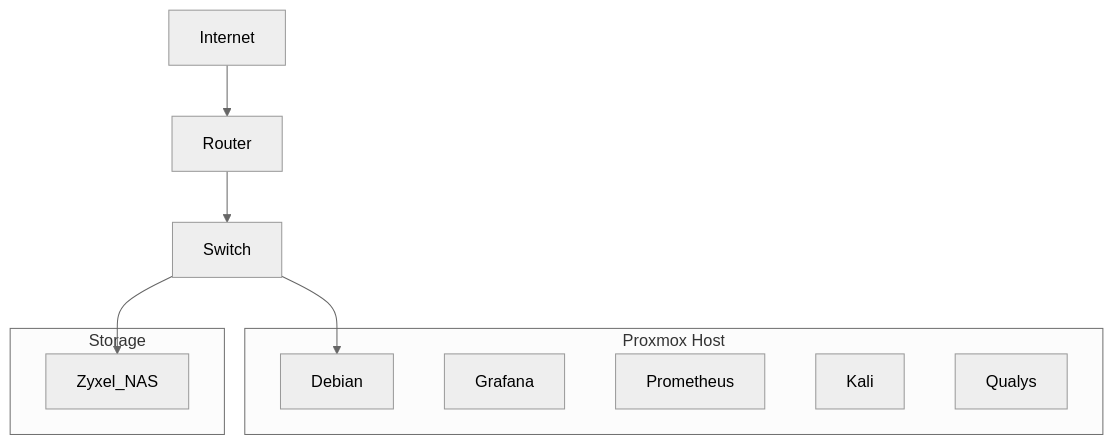
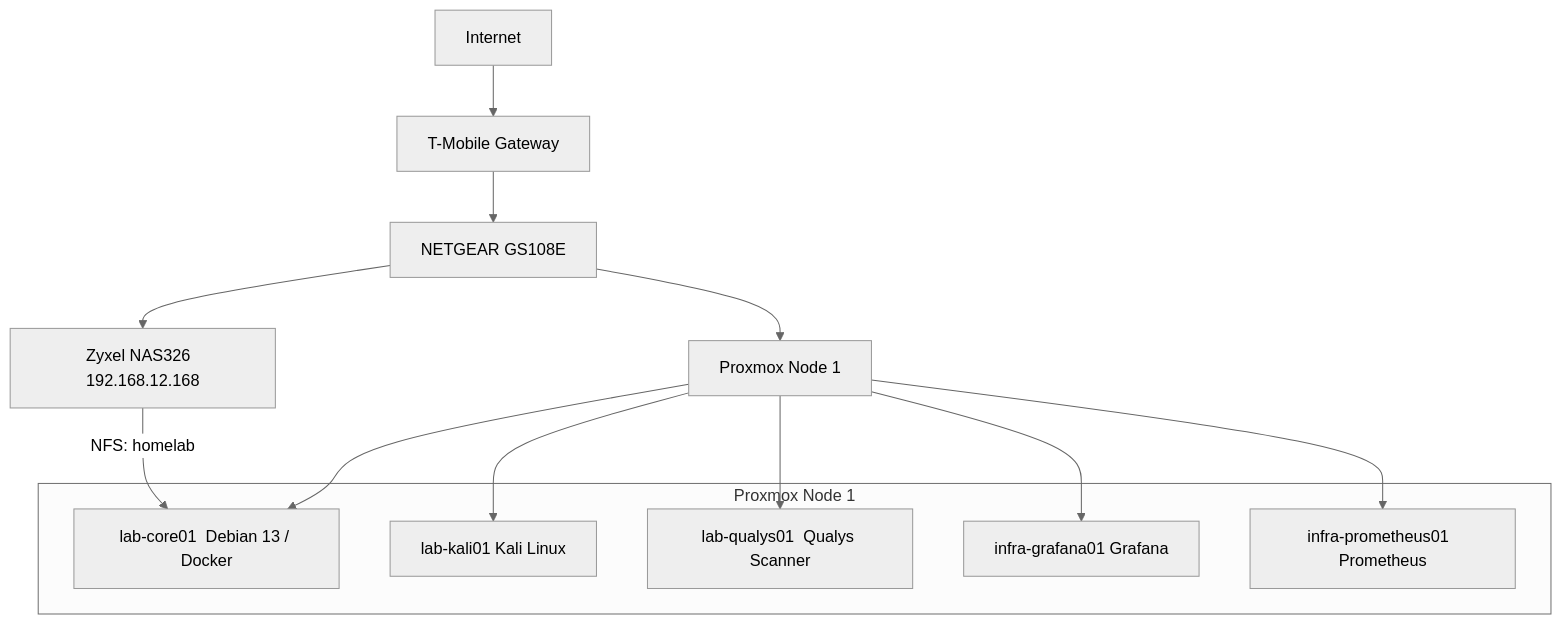
The first of 3 diagrams in docs/architecture.md (Tearstone/tearstone-homelab), drawn with Mermaid (neutral theme) before and after one commit. The commit also changed other lines of this file, not shown here.

````diff
--- a/docs/architecture.md
+++ b/docs/architecture.md
@@ -1,21 +5,24 @@
 ```mermaid
 graph TD
+    Internet --> Router["T-Mobile Gateway"]
+    Router --> Switch["NETGEAR GS108E"]
 
-Internet --> Router
-Router --> Switch
+    Switch --> Proxmox["Proxmox Node 1"]
+    Switch --> NAS["Zyxel NAS326  192.168.12.168"]
 
-subgraph "Proxmox Host"
-    Debian
-    Grafana
-    Prometheus
-    Kali
-    Qualys
-end
+    subgraph "Proxmox Node 1"
+        Core["lab-core01  Debian 13 / Docker"]
+        Kali["lab-kali01  Kali Linux"]
+        Qualys["lab-qualys01  Qualys Scanner"]
+        Grafana["infra-grafana01  Grafana"]
+        Prometheus["infra-prometheus01  Prometheus"]
+    end
 
-subgraph "Storage"
-    Zyxel_NAS
-end
+    Proxmox --> Core
+    Proxmox --> Kali
+    Proxmox --> Qualys
+    Proxmox --> Grafana
+    Proxmox --> Prometheus
 
-Switch --> Debian
-Switch --> Zyxel_NAS
+    NAS -->|"NFS: homelab"| Core
 ```
````
